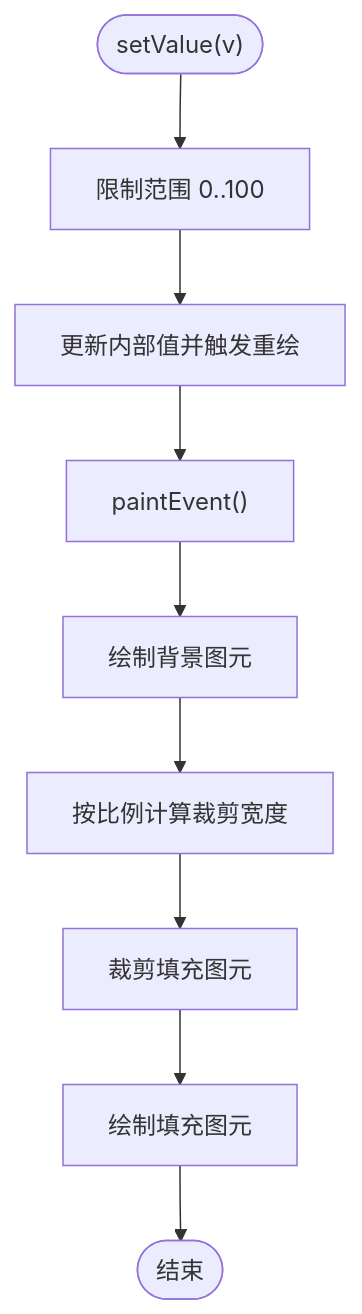
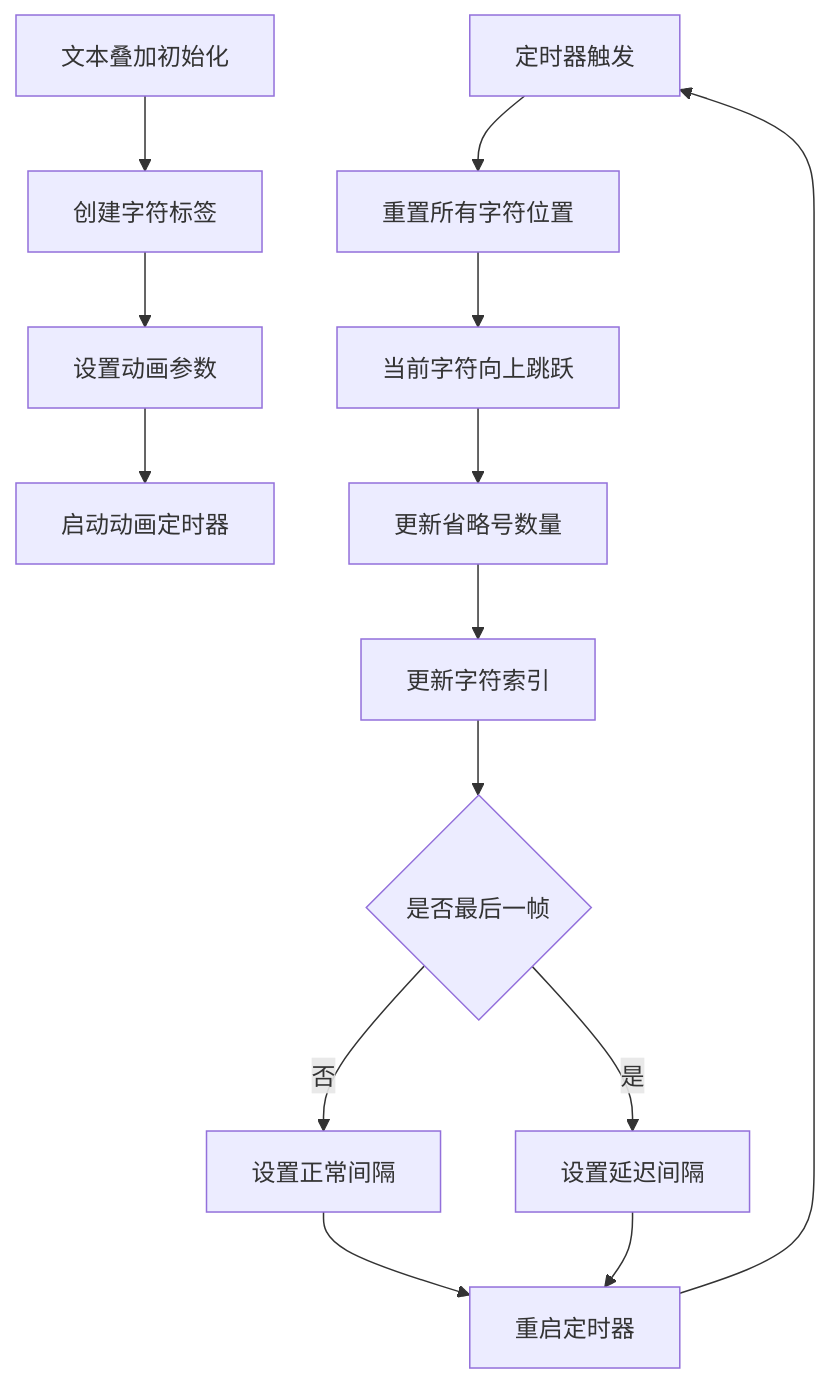
The eighth of 11 diagrams in .qoder/repowiki/zh/content/桌面应用架构/桌面应用架构.md (Hankun-P/wireless-keyboard-toy), drawn with Mermaid before and after one commit. The commit also changed other lines of this file and 10 other files, not shown here.

````diff
--- a/.qoder/repowiki/zh/content/桌面应用架构/桌面应用架构.md
+++ b/.qoder/repowiki/zh/content/桌面应用架构/桌面应用架构.md
@@ -345,11 +466,16 @@
 ```mermaid
 flowchart TD
-Start(["setValue(v)"]) --> Clamp["限制范围 0..100"]
-Clamp --> Update["更新内部值并触发重绘"]
-Update --> Paint["paintEvent()"]
-Paint --> DrawBg["绘制背景图元"]
-DrawBg --> CalcWidth["按比例计算裁剪宽度"]
-CalcWidth --> Crop["裁剪填充图元"]
-Crop --> DrawFill["绘制填充图元"]
-DrawFill --> End(["结束"])
+TextInit["文本叠加初始化"] --> CreateLabels["创建字符标签"]
+CreateLabels --> SetupAnimation["设置动画参数"]
+SetupAnimation --> StartTimer["启动动画定时器"]
+TimerTrigger["定时器触发"] --> ResetPositions["重置所有字符位置"]
+ResetPositions --> JumpCurrent["当前字符向上跳跃"]
+JumpCurrent --> UpdateDots["更新省略号数量"]
+UpdateDots --> NextChar["更新字符索引"]
+NextChar --> CheckLastFrame{"是否最后一帧"}
+CheckLastFrame --> |是| LastFrameDelay["设置延迟间隔"]
+CheckLastFrame --> |否| NormalInterval["设置正常间隔"]
+NormalInterval --> RestartTimer["重启定时器"]
+LastFrameDelay --> RestartTimer
+RestartTimer --> TimerTrigger
 ```
````
